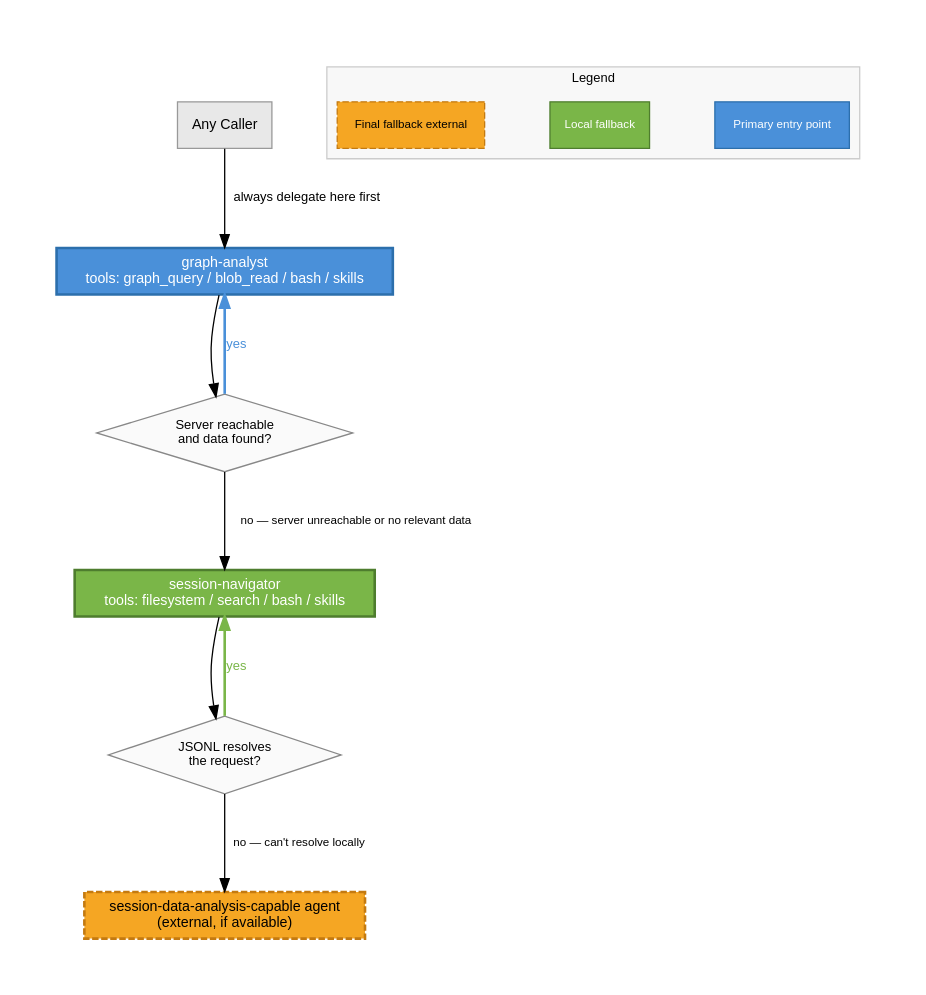
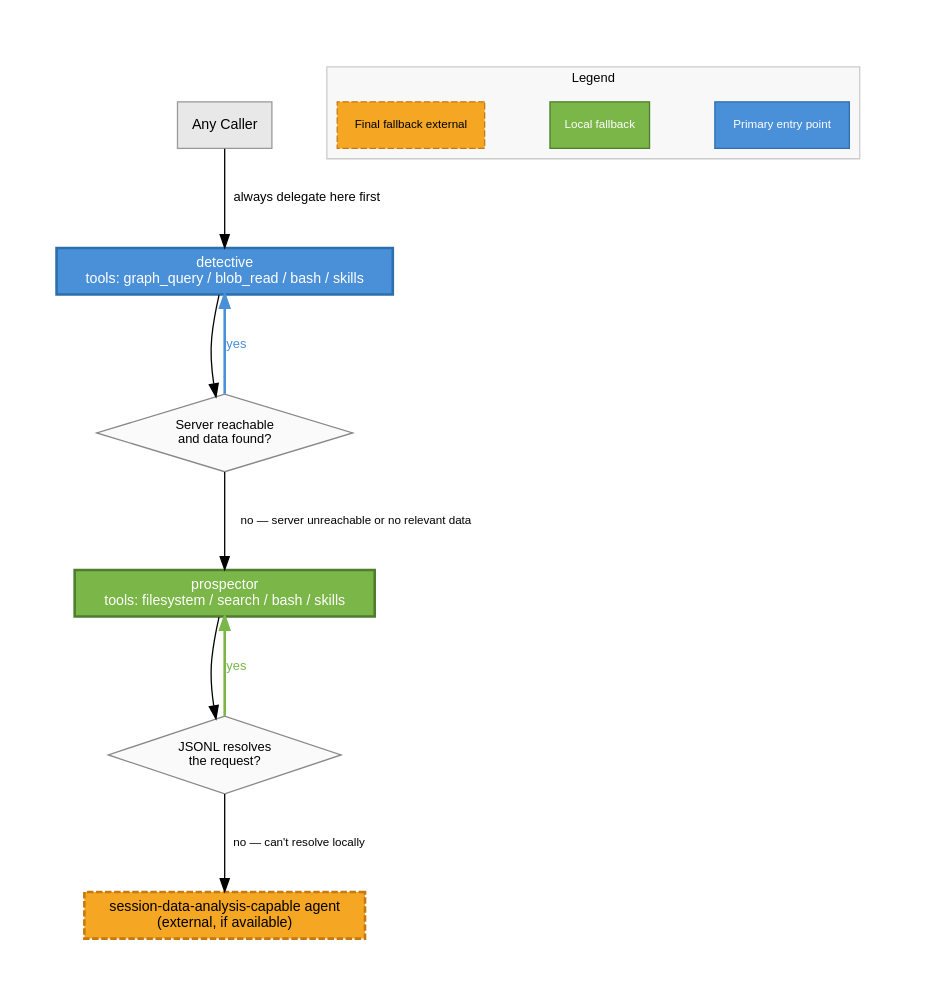
Before and after one commit to microsoft/amplifier-bundle-context-intelligence: the diagram in context/delegation-strategy.dot, drawn with Graphviz. The commit also changed 29 other files, not shown here.

```diff
--- a/context/delegation-strategy.dot
+++ b/context/delegation-strategy.dot
@@ -1,145 +1,145 @@
 // Delegation Strategy — Agent Delegation Chain
 // Context-Intelligence Bundle
 //
-// Shows the delegation flow: graph-analyst → session-navigator → external session-data-analysis-capable agent
+// Shows the delegation flow: detective → prospector → external session-data-analysis-capable agent
 //
 // Render: dot -Tsvg delegation-strategy.dot -o delegation-strategy.svg
 
 digraph delegation_strategy {
     rankdir=TB;
     fontname="Helvetica";
     fontsize=12;
     nodesep=0.7;
     ranksep=0.9;
     pad=0.5;
 
     node [fontname="Helvetica", fontsize=11];
     edge [fontname="Helvetica", fontsize=10];
 
     // --- Box nodes ---
 
     caller [
         label="Any Caller",
         shape=box,
         style=filled,
         fillcolor="#E8E8E8",
         color="#999999"
     ];
 
-    graph_analyst [
-        label="graph-analyst\ntools: graph_query / blob_read / bash / skills",
+    detective [
+        label="detective\ntools: graph_query / blob_read / bash / skills",
         shape=box,
         style=filled,
         fillcolor="#4A90D9",
         fontcolor=white,
         color="#2C6FAC",
         penwidth=2
     ];
 
     navigator [
-        label="session-navigator\ntools: filesystem / search / bash / skills",
+        label="prospector\ntools: filesystem / search / bash / skills",
         shape=box,
         style=filled,
         fillcolor="#7AB648",
         fontcolor=white,
         color="#4E7D2E",
         penwidth=2
     ];
 
     session_analyst [
         label="session-data-analysis-capable agent\n(external, if available)",
         shape=box,
         style="filled,dashed",
         fillcolor="#F5A623",
         color="#C47A10",
         penwidth=2
     ];
 
     // --- Diamond decision nodes ---
 
     server_check [
         label="Server reachable\nand data found?",
         shape=diamond,
         style=filled,
         fillcolor="#FAFAFA",
         color="#888888",
         fontsize=10
     ];
 
     local_check [
         label="JSONL resolves\nthe request?",
         shape=diamond,
         style=filled,
         fillcolor="#FAFAFA",
         color="#888888",
         fontsize=10
     ];
 
     // --- Edges ---
 
-    caller -> graph_analyst [label="always delegate here first", fontsize=10];
-    graph_analyst -> server_check;
-    server_check -> graph_analyst [
+    caller -> detective [label="always delegate here first", fontsize=10];
+    detective -> server_check;
+    server_check -> detective [
         label="yes",
         color="#4A90D9",
         fontcolor="#4A90D9",
         penwidth=2,
         style=bold
     ];
     server_check -> navigator [
         label="no — server unreachable or no relevant data",
         fontsize=9
     ];
     navigator -> local_check;
     local_check -> navigator [
         label="yes",
         color="#7AB648",
         fontcolor="#7AB648",
         penwidth=2,
         style=bold
     ];
     local_check -> session_analyst [
         label="no — can't resolve locally",
         fontsize=9
     ];
 
     // --- Legend ---
 
     subgraph cluster_legend {
         label="Legend";
         style=filled;
         fillcolor="#F8F8F8";
         color="#CCCCCC";
         fontname="Helvetica";
         fontsize=10;
 
         legend_primary [
             label="Primary entry point",
             shape=box,
             style=filled,
             fillcolor="#4A90D9",
             fontcolor=white,
             color="#2C6FAC",
             fontsize=9
         ];
 
         legend_local [
             label="Local fallback",
             shape=box,
             style=filled,
             fillcolor="#7AB648",
             fontcolor=white,
             color="#4E7D2E",
             fontsize=9
         ];
 
         legend_external [
             label="Final fallback external",
             shape=box,
             style="filled,dashed",
             fillcolor="#F5A623",
             color="#C47A10",
             fontsize=9
         ];
     }
 }
```
